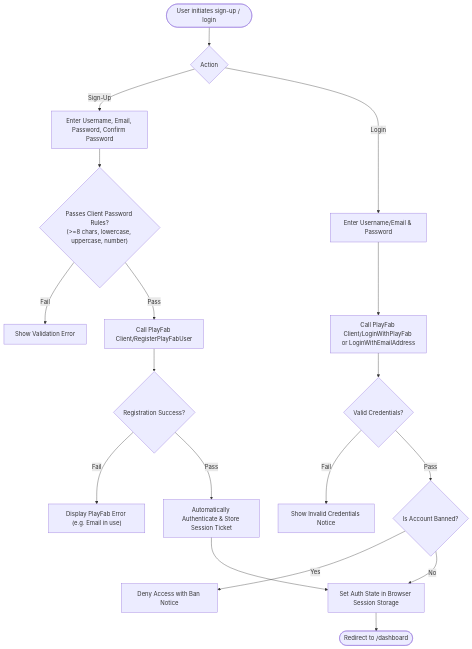
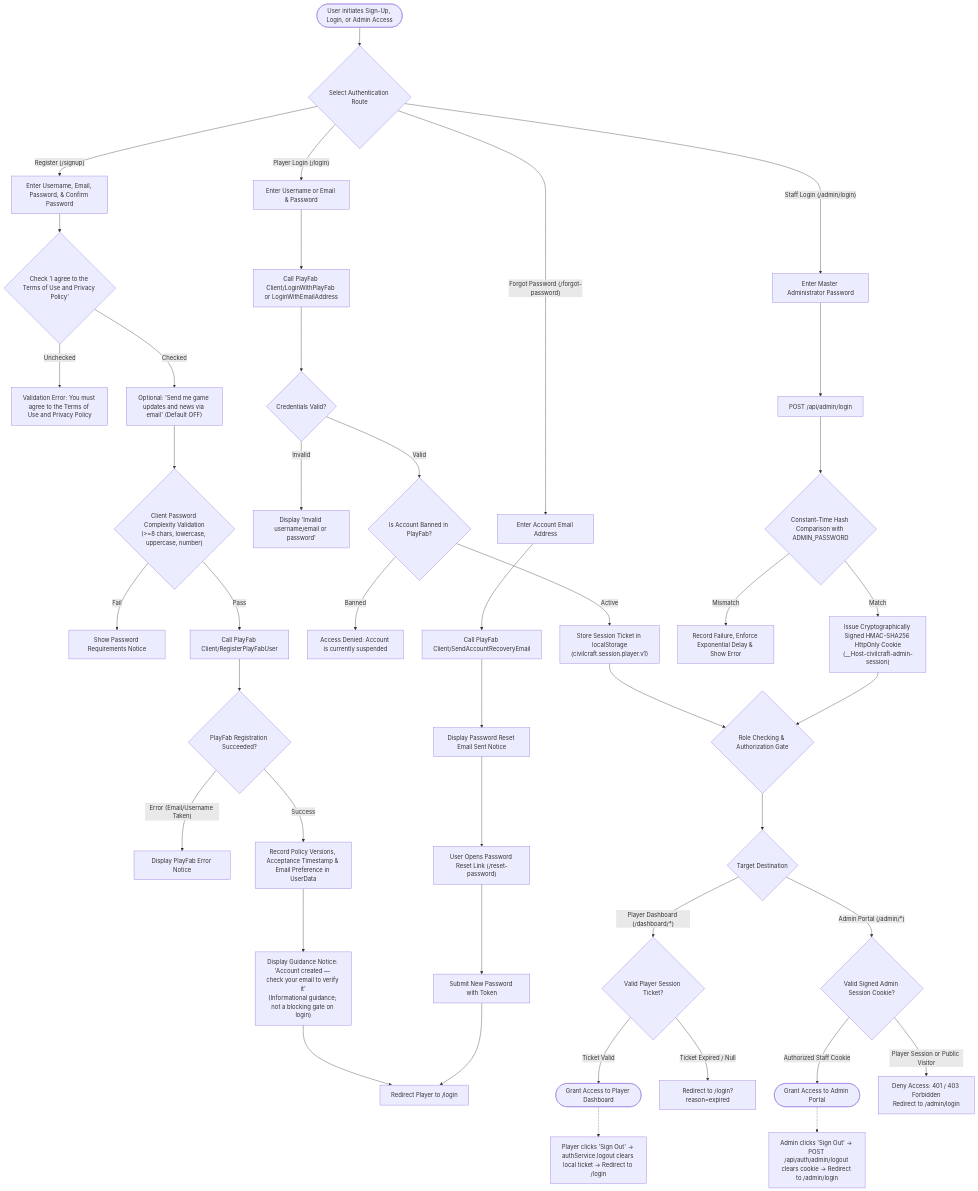
One commit to Astra1127/CivilCraft changed the third of 9 diagrams in docs/thesis/SYSTEM_FLOWCHART.md. Above: the diagram before and after it, drawn with Mermaid. The commit also changed other lines of this file, not shown here.

Commit message:
docs: update CivilCraft website system flowchart

````diff
--- a/docs/thesis/SYSTEM_FLOWCHART.md
+++ b/docs/thesis/SYSTEM_FLOWCHART.md
@@ -120,21 +380,59 @@
 ```mermaid
 flowchart TD
-    Start(["User initiates sign-up / login"]) --> Mode{"Action"}
-    Mode -- "Sign-Up" --> InputReg["Enter Username, Email, Password, Confirm Password"]
-    InputReg --> ClientVal{"Passes Client Password Rules?<br/>(>=8 chars, lowercase, uppercase, number)"}
-    ClientVal -- "Fail" --> RegError["Show Validation Error"]
-    ClientVal -- "Pass" --> PFRegCall["Call PlayFab Client/RegisterPlayFabUser"]
-    PFRegCall --> PFRegRes{"Registration Success?"}
-    PFRegRes -- "Fail" --> ShowPFError["Display PlayFab Error (e.g. Email in use)"]
-    PFRegRes -- "Pass" --> AutoLog["Automatically Authenticate & Store Session Ticket"]
+    AuthStart(["User initiates Sign-Up, Login, or Admin Access"]) --> PathSelect{"Select Authentication Route"}
 
-    Mode -- "Login" --> InputLog["Enter Username/Email & Password"]
-    InputLog --> CallLogin["Call PlayFab Client/LoginWithPlayFab or LoginWithEmailAddress"]
-    CallLogin --> LogRes{"Valid Credentials?"}
-    LogRes -- "Fail" --> LogError["Show Invalid Credentials Notice"]
-    LogRes -- "Pass" --> CheckBan{"Is Account Banned?"}
-    CheckBan -- "Yes" --> BanLock["Deny Access with Ban Notice"]
-    CheckBan -- "No" --> StoreSession["Set Auth State in Browser Session Storage"]
-    AutoLog --> StoreSession
-    StoreSession --> GoDash(["Redirect to /dashboard"])
+    %% Registration Sub-flow
+    PathSelect -- "Register (/signup)" --> InputReg["Enter Username, Email, Password, & Confirm Password"]
+    InputReg --> MandatoryTerms{"Check 'I agree to the Terms of Use and Privacy Policy'"}
+    MandatoryTerms -- "Unchecked" --> RegBlockTerms["Validation Error: You must agree to the Terms of Use and Privacy Policy"]
+    MandatoryTerms -- "Checked" --> OptionalEmail["Optional: 'Send me game updates and news via email' (Default OFF)"]
+    OptionalEmail --> PasswordCheck{"Client Password Complexity Validation<br/>(>=8 chars, lowercase, uppercase, number)"}
+    PasswordCheck -- "Fail" --> RegBlockPW["Show Password Requirements Notice"]
+    PasswordCheck -- "Pass" --> CallPFRegister["Call PlayFab Client/RegisterPlayFabUser"]
+    CallPFRegister --> PFRegResult{"PlayFab Registration Succeeded?"}
+    PFRegResult -- "Error (Email/Username Taken)" --> ShowPFError["Display PlayFab Error Notice"]
+    PFRegResult -- "Success" --> SaveConsentData["Record Policy Versions, Acceptance Timestamp & Email Preference in UserData"]
+    SaveConsentData --> RegCompleteNotice["Display Guidance Notice: 'Account created — check your email to verify it'<br/>(Informational guidance; not a blocking gate on login)"]
+    RegCompleteNotice --> RedirectLogin["Redirect Player to /login"]
+
+    %% Player Login Sub-flow
+    PathSelect -- "Player Login (/login)" --> InputLogin["Enter Username or Email & Password"]
+    InputLogin --> CallPFLogin["Call PlayFab Client/LoginWithPlayFab or LoginWithEmailAddress"]
+    CallPFLogin --> PFLoginResult{"Credentials Valid?"}
+    PFLoginResult -- "Invalid" --> ShowLoginError["Display 'Invalid username/email or password'"]
+    PFLoginResult -- "Valid" --> CheckBanStatus{"Is Account Banned in PlayFab?"}
+    CheckBanStatus -- "Banned" --> ShowBanNotice["Access Denied: Account is currently suspended"]
+    CheckBanStatus -- "Active" --> StorePlayerTicket["Store Session Ticket in localStorage<br/>(civilcraft.session.player.v1)"]
+    StorePlayerTicket --> AuthRoleGate{"Role Checking & Authorization Gate"}
+
+    %% Password Recovery Sub-flow
+    PathSelect -- "Forgot Password (/forgot-password)" --> InputRecoveryEmail["Enter Account Email Address"]
+    InputRecoveryEmail --> CallRecovery["Call PlayFab Client/SendAccountRecoveryEmail"]
+    CallRecovery --> ShowRecoveryNotice["Display Password Reset Email Sent Notice"]
+    ShowRecoveryNotice --> ResetPage["User Opens Password Reset Link (/reset-password)"]
+    ResetPage --> SubmitNewPW["Submit New Password with Token"]
+    SubmitNewPW --> RedirectLogin
+
+    %% Staff Admin Login Sub-flow
+    PathSelect -- "Staff Login (/admin/login)" --> InputAdminPW["Enter Master Administrator Password"]
+    InputAdminPW --> PostAdminLogin["POST /api/admin/login"]
+    PostAdminLogin --> HashCompare{"Constant-Time Hash Comparison with ADMIN_PASSWORD"}
+    HashCompare -- "Mismatch" --> AdminThrottled["Record Failure, Enforce Exponential Delay & Show Error"]
+    HashCompare -- "Match" --> CreateAdminCookie["Issue Cryptographically Signed HMAC-SHA256 HttpOnly Cookie<br/>(__Host-civilcraft-admin-session)"]
+    CreateAdminCookie --> AuthRoleGate
+
+    %% Role Checking & Route Access
+    AuthRoleGate --> RouteTarget{"Target Destination"}
+
+    RouteTarget -- "Player Dashboard (/dashboard/*)" --> PlayerSessionCheck{"Valid Player Session Ticket?"}
+    PlayerSessionCheck -- "Ticket Valid" --> AllowPlayer(["Grant Access to Player Dashboard"])
+    PlayerSessionCheck -- "Ticket Expired / Null" --> ExpiredPlayer["Redirect to /login?reason=expired"]
+
+    RouteTarget -- "Admin Portal (/admin/*)" --> AdminCookieCheck{"Valid Signed Admin Session Cookie?"}
+    AdminCookieCheck -- "Authorized Staff Cookie" --> AllowAdmin(["Grant Access to Admin Portal"])
+    AdminCookieCheck -- "Player Session or Public Visitor" --> BlockAdmin["Deny Access: 401 / 403 Forbidden<br/>Redirect to /admin/login"]
+
+    %% Sign Out Paths
+    AllowPlayer -.-> PlayerSignOutAction["Player clicks 'Sign Out' -> authService.logout clears local ticket -> Redirect to /login"]
+    AllowAdmin -.-> AdminSignOutAction["Admin clicks 'Sign Out' -> POST /api/auth/admin/logout clears cookie -> Redirect to /admin/login"]
 ```
````
